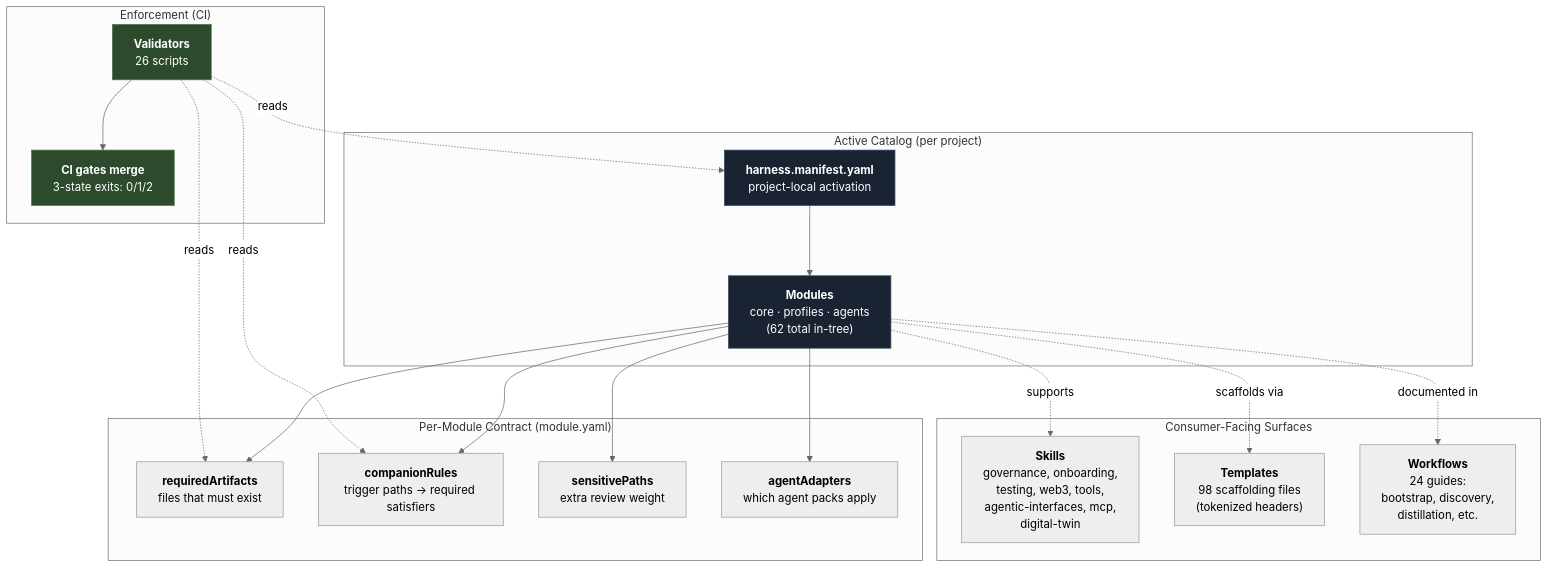
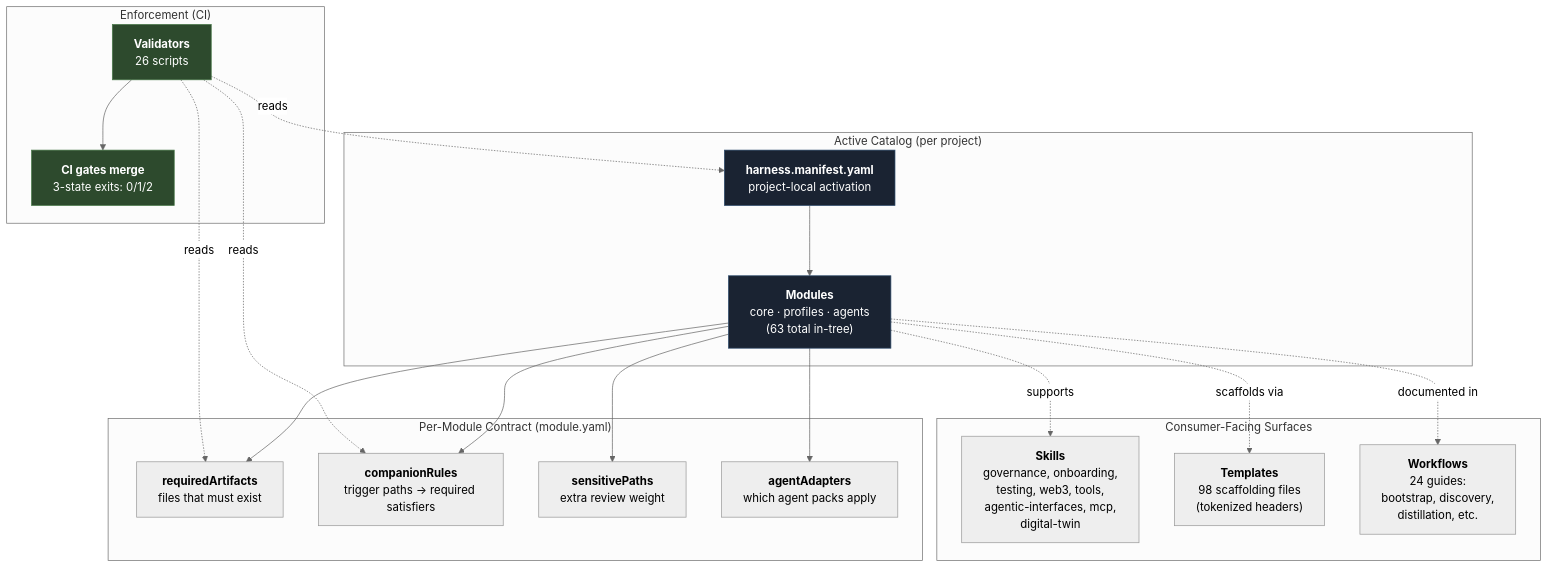
Before and after one commit to unclenate/auto-harness: the first of 18 diagrams in docs/architecture/diagrams.md, drawn with Mermaid (neutral theme). The commit also changed other lines of this file and 27 other files, not shown here.

````diff
--- a/docs/architecture/diagrams.md
+++ b/docs/architecture/diagrams.md
@@ -53,38 +54,38 @@
 ```mermaid
 flowchart TD
     Manifest["<b>harness.manifest.yaml</b><br/>project-local activation"]
 
     subgraph CATALOG["Active Catalog (per project)"]
-        Manifest --> Modules["<b>Modules</b><br/>core · profiles · agents<br/>(62 total in-tree)"]
+        Manifest --> Modules["<b>Modules</b><br/>core · profiles · agents<br/>(63 total in-tree)"]
     end
 
     subgraph CONTRACT["Per-Module Contract (module.yaml)"]
         Modules --> Required["<b>requiredArtifacts</b><br/>files that must exist"]
         Modules --> Companions["<b>companionRules</b><br/>trigger paths → required satisfiers"]
         Modules --> Sensitive["<b>sensitivePaths</b><br/>extra review weight"]
         Modules --> Adapters["<b>agentAdapters</b><br/>which agent packs apply"]
     end
 
     subgraph ENFORCE["Enforcement (CI)"]
         Validators["<b>Validators</b><br/>26 scripts"]
         Validators -.reads.-> Manifest
         Validators -.reads.-> Required
         Validators -.reads.-> Companions
         Validators --> CIGate["<b>CI gates merge</b><br/>3-state exits: 0/1/2"]
     end
 
     subgraph SURFACE["Consumer-Facing Surfaces"]
         Skills["<b>Skills</b><br/>governance, onboarding,<br/>testing, web3, tools,<br/>agentic-interfaces, mcp,<br/>digital-twin"]
         Templates["<b>Templates</b><br/>98 scaffolding files<br/>(tokenized headers)"]
         Workflows["<b>Workflows</b><br/>24 guides:<br/>bootstrap, discovery,<br/>distillation, etc."]
     end
 
     Modules -.supports.-> Skills
     Modules -.scaffolds via.-> Templates
     Modules -.documented in.-> Workflows
 
     style Manifest fill:#1a2332,stroke:#2c4a6b,color:#fff
     style Modules fill:#1a2332,stroke:#2c4a6b,color:#fff
     style Validators fill:#2d4a2d,stroke:#4a7a4a,color:#fff
     style CIGate fill:#2d4a2d,stroke:#4a7a4a,color:#fff
 ```
````
